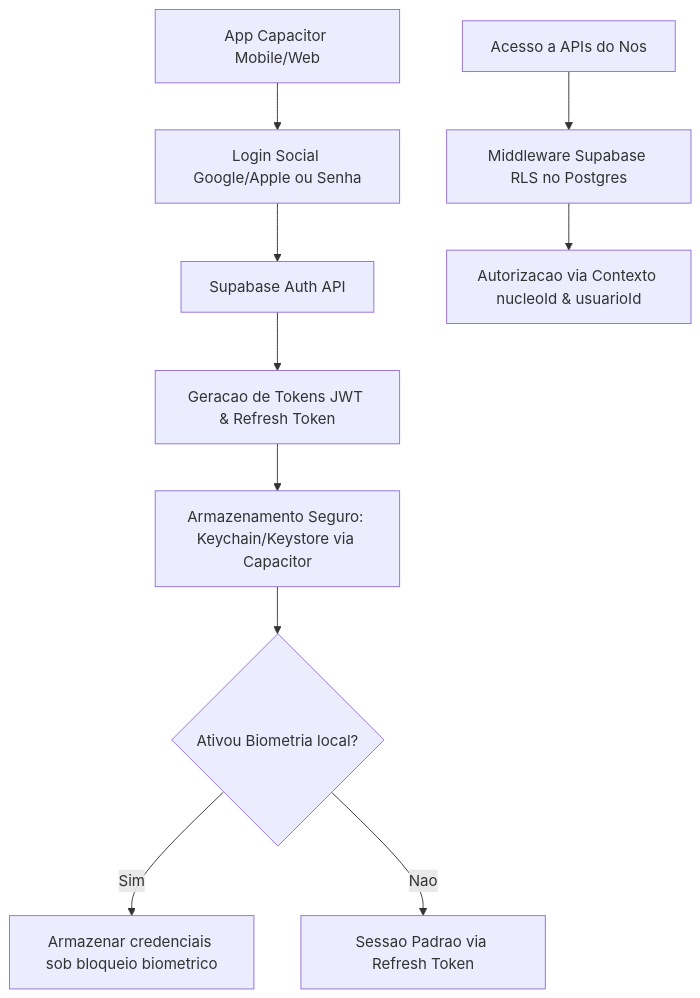
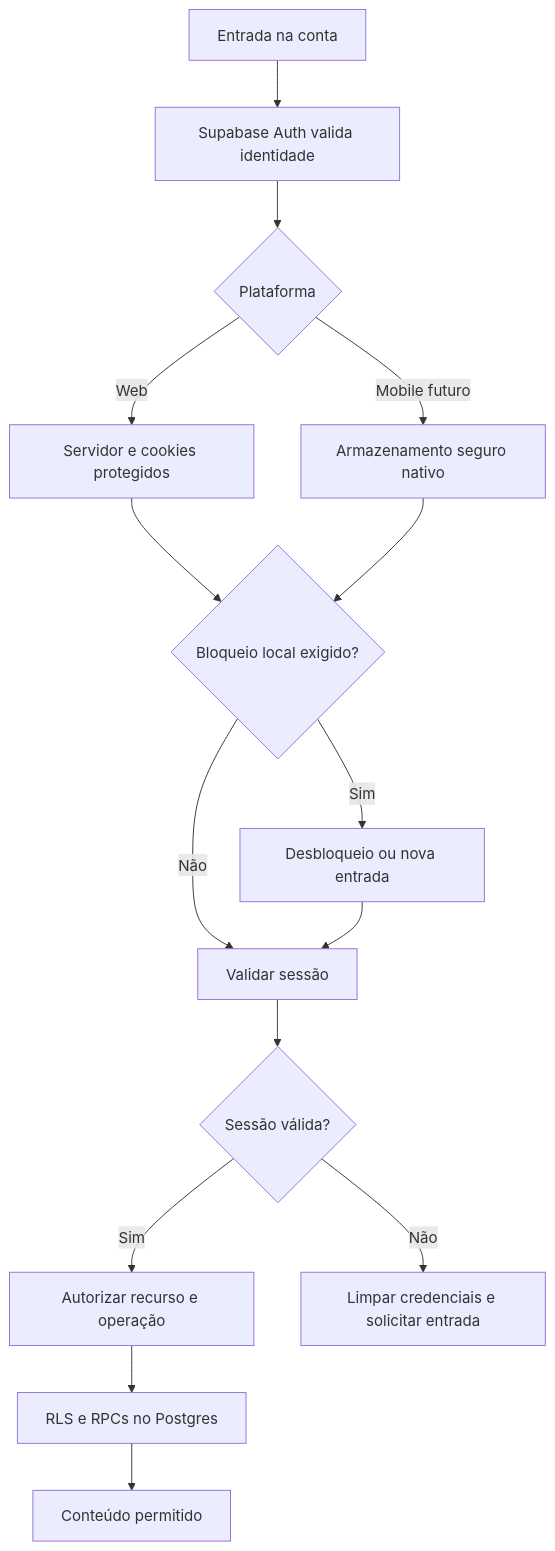
Before and after one commit to efraimrsilva/nos: the second of 2 diagrams in Documentacao_Projeto_Nos/Projeto_Nos_v2.8_Autenticacao_e_Seguranca.md, drawn with Mermaid. The commit also changed other lines of this file and 73 other files, not shown here.

First line of the commit message:
feat(auth): concluir Conta e entrada e sincronizar Atlas vivo (v0.12.0)

````diff
--- a/Documentacao_Projeto_Nos/Projeto_Nos_v2.8_Autenticacao_e_Seguranca.md
+++ b/Documentacao_Projeto_Nos/Projeto_Nos_v2.8_Autenticacao_e_Seguranca.md
@@ -213,12 +390,17 @@
 ```mermaid
-graph TD
-    A[App Capacitor Mobile/Web] --> B[Login Social Google/Apple ou Senha]
-    B --> C[Supabase Auth API]
-    C --> D[Geracao de Tokens JWT & Refresh Token]
-    D --> E[Armazenamento Seguro: Keychain/Keystore via Capacitor]
-    E --> F{Ativou Biometria local?}
-    F -->|Sim| G[Armazenar credenciais sob bloqueio biometrico]
-    F -->|Nao| H[Sessao Padrao via Refresh Token]
-    I[Acesso a APIs do Nos] --> J[Middleware Supabase RLS no Postgres]
-    J --> K[Autorizacao via Contexto nucleoId & usuarioId]
+flowchart TD
+    A[Entrada na conta] --> B[Supabase Auth valida identidade]
+    B --> C{Plataforma}
+    C -->|Web| D[Servidor e cookies protegidos]
+    C -->|Mobile futuro| E[Armazenamento seguro nativo]
+    D --> F{Bloqueio local exigido?}
+    E --> F
+    F -->|Sim| G[Desbloqueio ou nova entrada]
+    F -->|Não| H[Validar sessão]
+    G --> H
+    H --> I{Sessão válida?}
+    I -->|Sim| J[Autorizar recurso e operação]
+    I -->|Não| K[Limpar credenciais e solicitar entrada]
+    J --> L[RLS e RPCs no Postgres]
+    L --> M[Conteúdo permitido]
 ```
````
